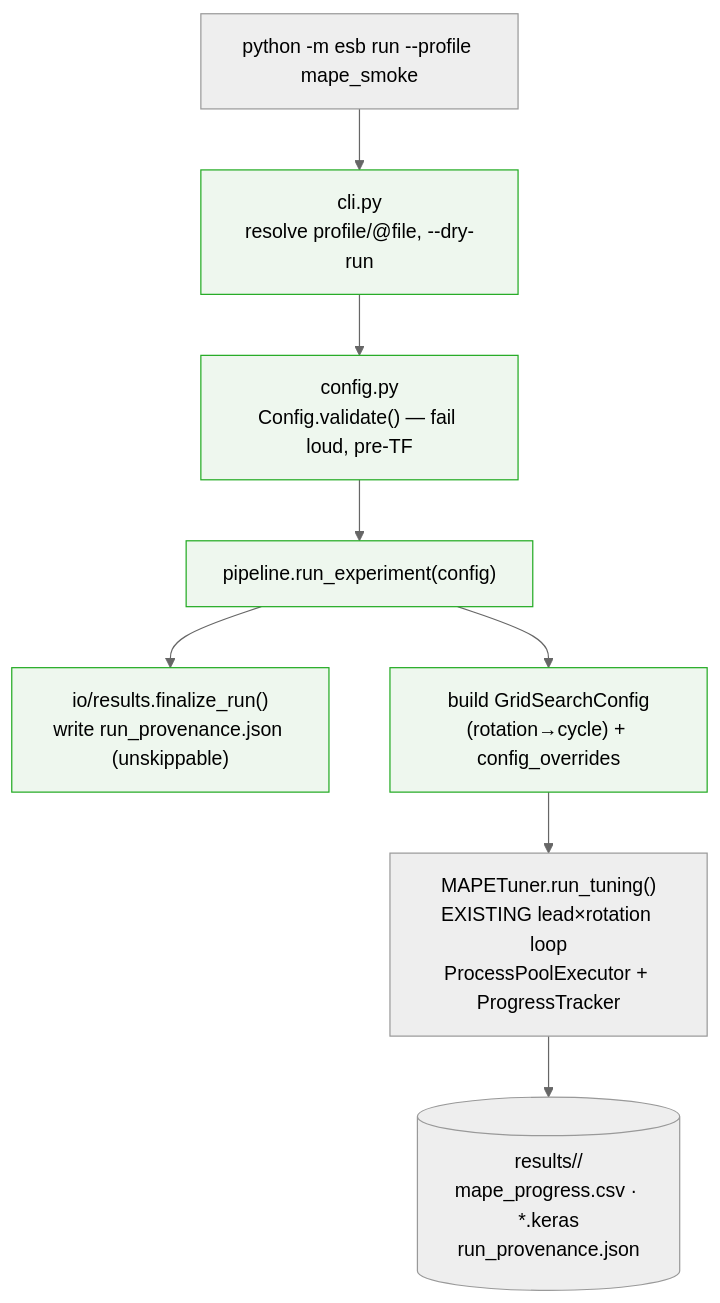
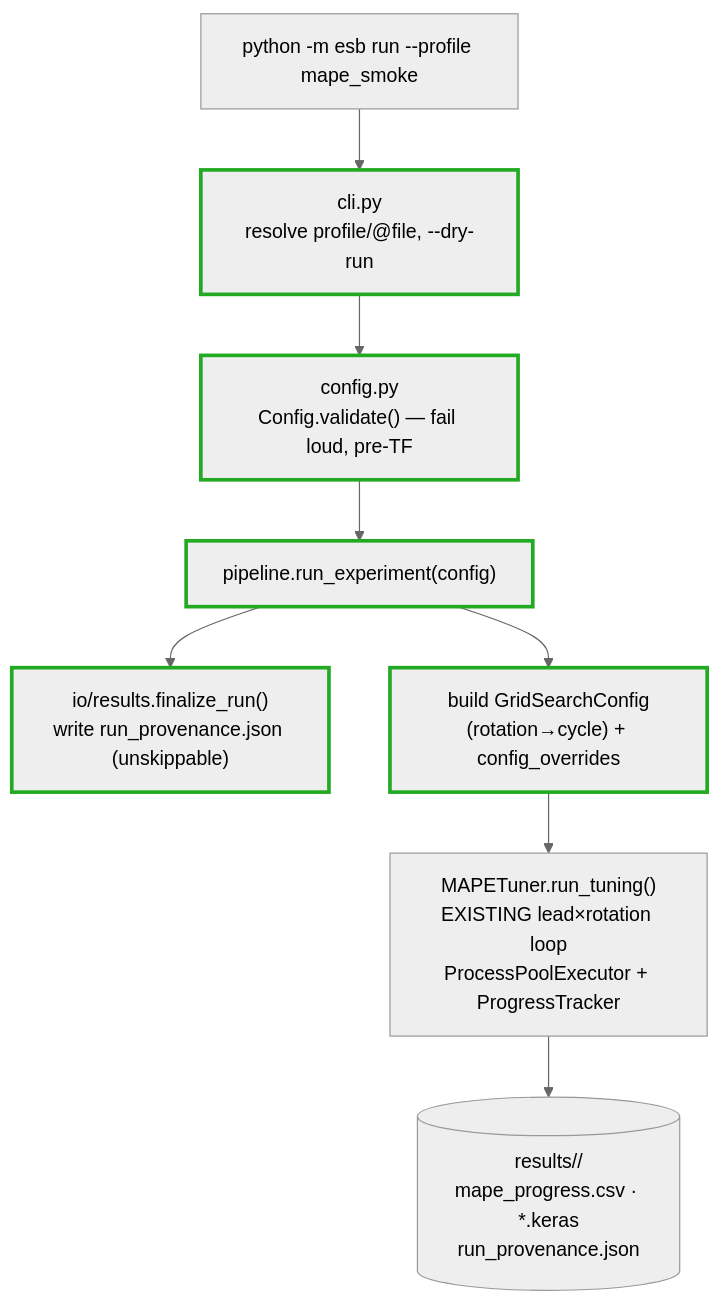
The third of 4 diagrams in docs/ESB_STAGE_B_REPORT.md (conrad-blucher-institute/UQ4ML_WaterTemp), drawn with Mermaid (neutral theme) before and after one commit. The commit also changed other lines of this file and 2 other files, not shown here.

First line of the commit message:
docs: dark-mode-readable mermaid diagrams (borders not fills)

````diff
--- a/docs/ESB_STAGE_B_REPORT.md
+++ b/docs/ESB_STAGE_B_REPORT.md
@@ -41,12 +55,12 @@
 ```mermaid
 flowchart TB
   U["python -m esb run --profile mape_smoke"] --> CLI["cli.py<br/>resolve profile/@file, --dry-run"]
   CLI --> CFG["config.py<br/>Config.validate() — fail loud, pre-TF"]
   CFG --> PIPE["pipeline.run_experiment(config)"]
   PIPE --> PROV["io/results.finalize_run()<br/>write run_provenance.json (unskippable)"]
   PIPE --> GRID["build GridSearchConfig<br/>(rotation→cycle) + config_overrides"]
   GRID --> TUNER["MAPETuner.run_tuning()<br/>EXISTING lead×rotation loop<br/>ProcessPoolExecutor + ProgressTracker"]
   TUNER --> OUT[("results/<run>/<br/>mape_progress.csv · *.keras<br/>run_provenance.json")]
-  classDef new fill:#eef7ee,stroke:#2a2;
+  classDef new stroke:#2a2,stroke-width:3px;
   class CLI,CFG,PIPE,PROV,GRID new
 ```
````
